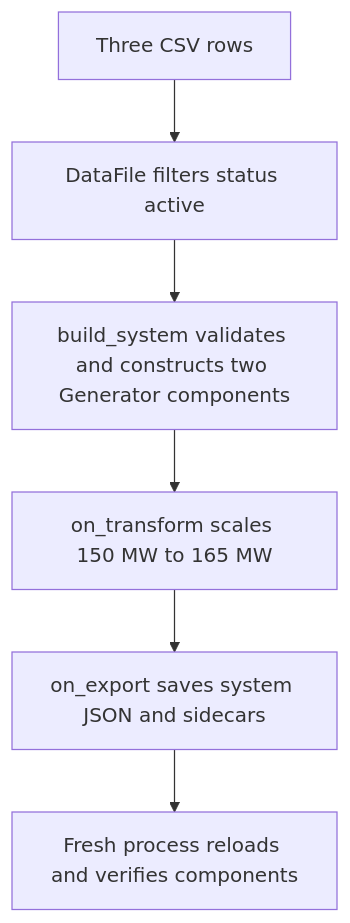
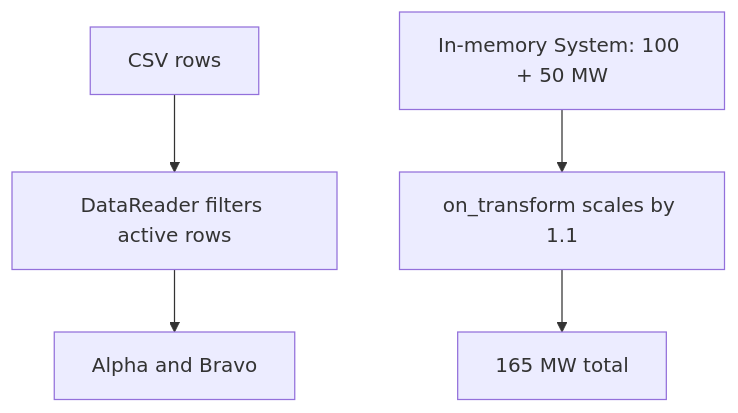
Before and after one commit to NatLabRockies/r2x-core: the diagram in docs/src/content/docs/tutorials/getting-started.md, drawn with Mermaid. The commit also changed other lines of this file and 85 other files, not shown here.

````diff
--- a/docs/src/content/docs/tutorials/getting-started.md
+++ b/docs/src/content/docs/tutorials/getting-started.md
@@ -12,8 +11,7 @@
 ```mermaid
 flowchart TD
-  CSV[Three CSV rows] --> Filter[DataFile filters status active]
-  Filter --> Build[build_system validates and constructs two Generator components]
-  Build --> Scale[on_transform scales 150 MW to 165 MW]
-  Scale --> Export[on_export saves system JSON and sidecars]
-  Export --> Reload[Fresh process reloads and verifies components]
+  CSV[CSV rows] --> Read[DataReader filters active rows]
+  Read --> Rows[Alpha and Bravo]
+  System[In-memory System: 100 + 50 MW] --> Scale[on_transform scales by 1.1]
+  Scale --> Result[165 MW total]
 ```
````
